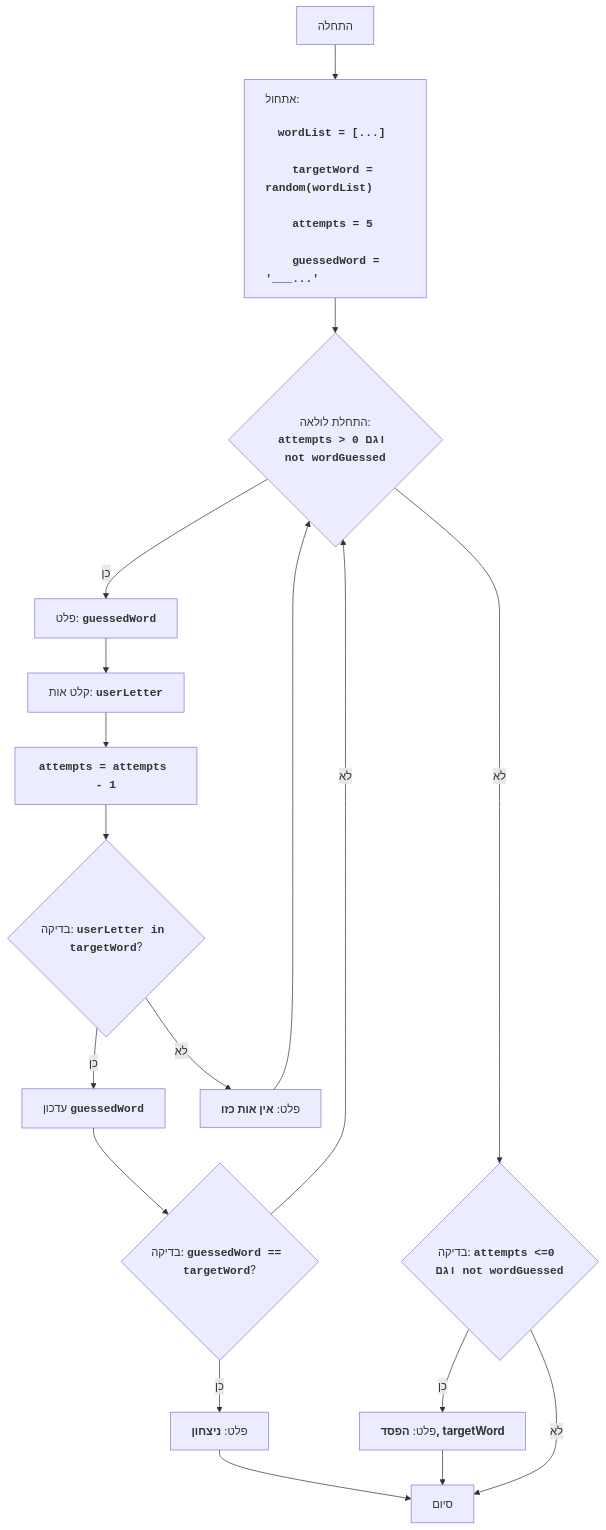
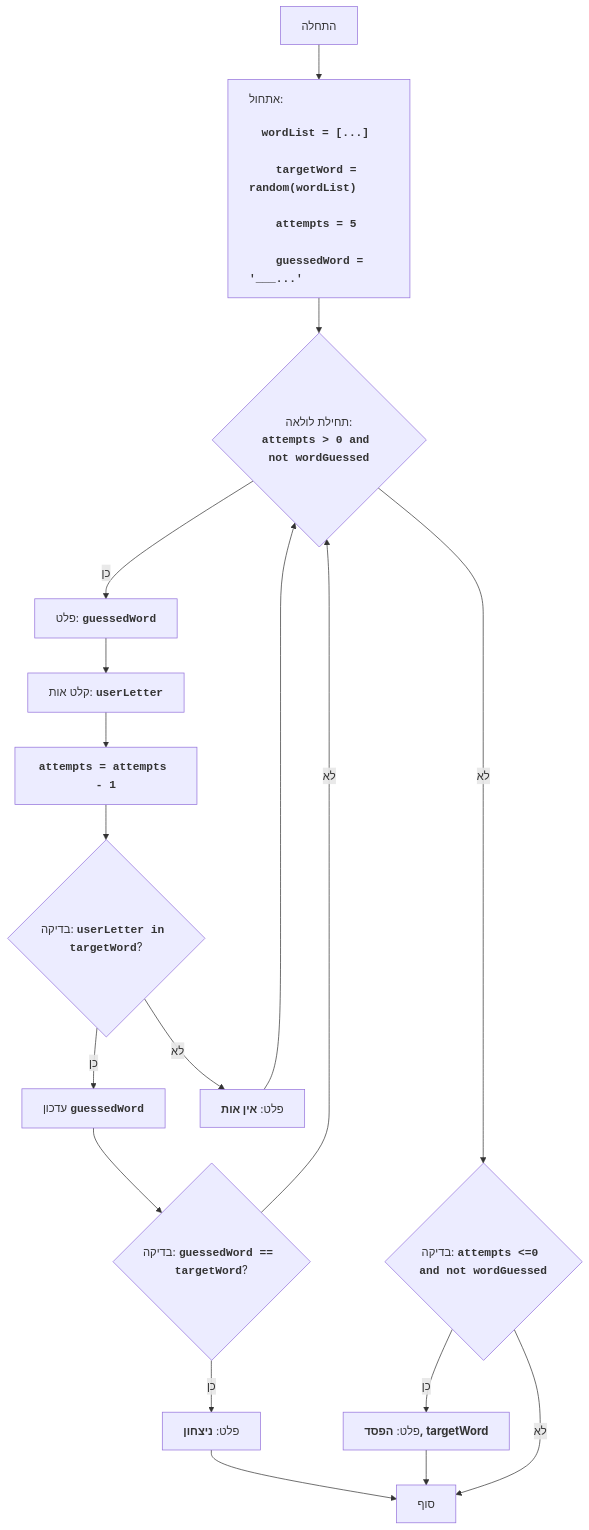
One commit to hypo69/1001-python-he changed the diagram in code/UNSORTED/WORD/README.MD. Above: the diagram before and after it, drawn with Mermaid. The commit also changed other lines of this file and 869 other files, not shown here.

````diff
--- a/code/UNSORTED/WORD/README.MD
+++ b/code/UNSORTED/WORD/README.MD
@@ -34,25 +34,25 @@
 ```mermaid
 flowchart TD
     Start["התחלה"] --> InitializeVariables["<p align='left'>אתחול:<br>
     <code><b>wordList = [...]<br>
     targetWord = random(wordList)<br>
     attempts = 5<br>
     guessedWord = '___...'</b></code></p>"]
-    InitializeVariables --> LoopStart{"התחלת לולאה:<br><code><b>attempts > 0 וגם not wordGuessed</b></code>"}
+    InitializeVariables --> LoopStart{"תחילת לולאה:<br><code><b>attempts > 0 and not wordGuessed</b></code>"}
     LoopStart -- כן --> OutputGuessedWord["פלט: <code><b>guessedWord</b></code>"]
     OutputGuessedWord --> InputLetter["קלט אות: <code><b>userLetter</b></code>"]
     InputLetter --> DecreaseAttempts["<code><b>attempts = attempts - 1</b></code>"]
     DecreaseAttempts --> CheckLetter{"בדיקה: <code><b>userLetter in targetWord</b></code>?"}
     CheckLetter -- כן --> UpdateGuessedWord["עדכון <code><b>guessedWord</b></code>"]
     UpdateGuessedWord --> CheckWin{"בדיקה: <code><b>guessedWord == targetWord</b></code>?"}
      CheckWin -- כן --> OutputWin["פלט: <b>ניצחון</b>"]
-     OutputWin --> End["סיום"]
+     OutputWin --> End["סוף"]
     CheckWin -- לא --> LoopStart
-    CheckLetter -- לא --> OutputNoLetter["פלט: <b>אין אות כזו</b>"]
+    CheckLetter -- לא --> OutputNoLetter["פלט: <b>אין אות</b>"]
     OutputNoLetter --> LoopStart
-    LoopStart -- לא --> CheckLose{"בדיקה: <code><b>attempts <=0 וגם not wordGuessed</b></code>"}
+    LoopStart -- לא --> CheckLose{"בדיקה: <code><b>attempts <=0 and not wordGuessed</b></code>"}
     CheckLose -- כן --> OutputLose["פלט: <b>הפסד, targetWord</b>"]
     OutputLose --> End
      CheckLose -- לא --> End
 
 ```
````
